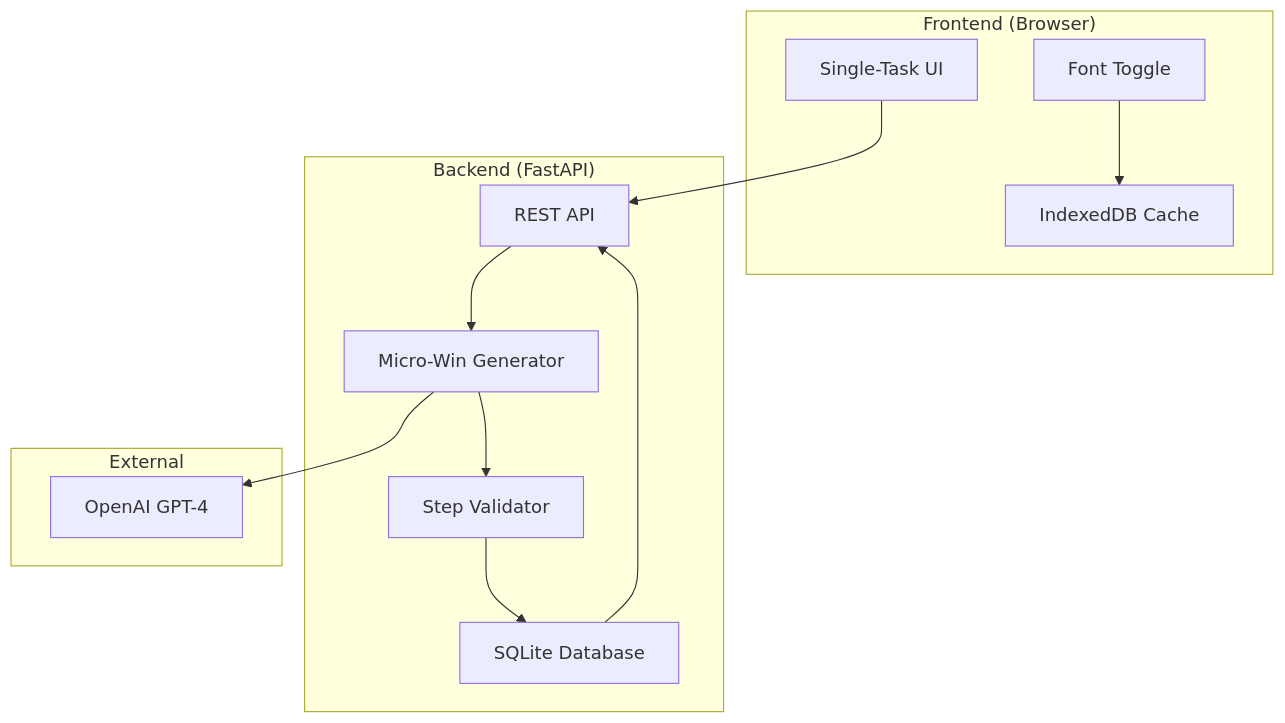
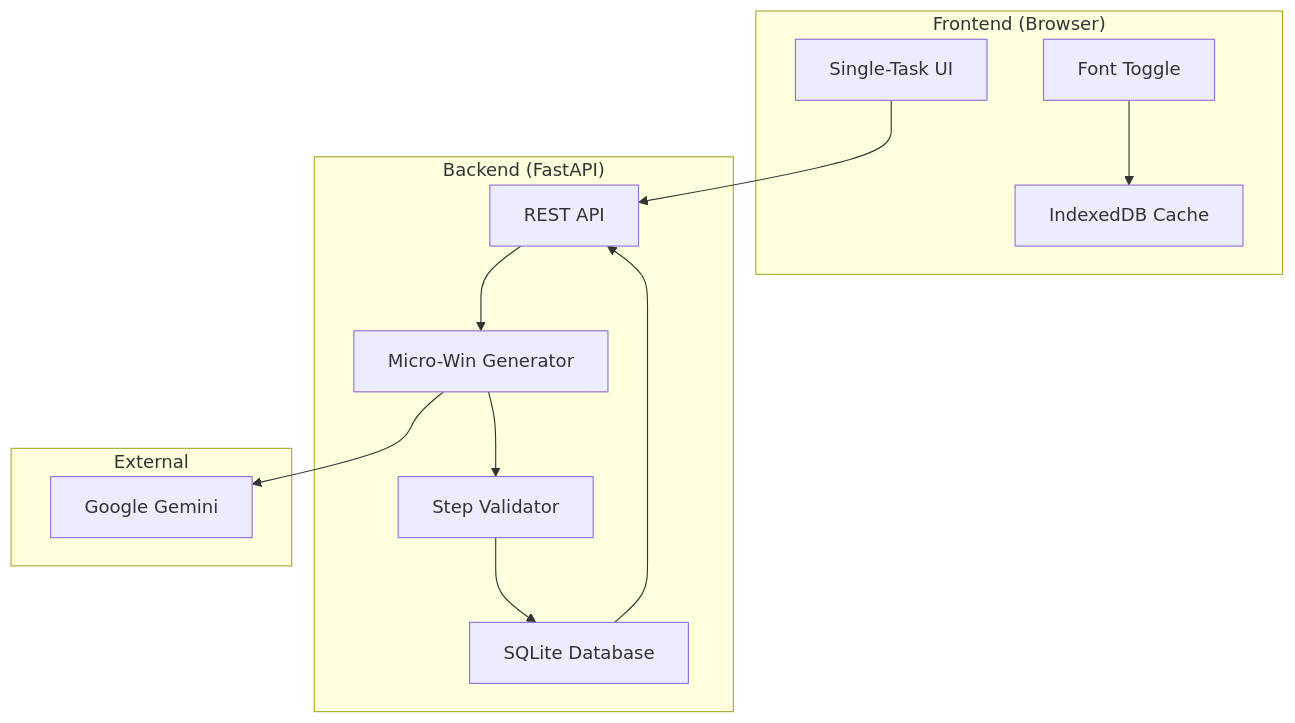
The first of 3 diagrams in ARCHITECTURE.md (sivsagar/Neurathon-2026), drawn with Mermaid before and after one commit. The commit also changed other lines of this file and 5 other files, not shown here.

````diff
--- a/ARCHITECTURE.md
+++ b/ARCHITECTURE.md
@@ -19,27 +19,27 @@
 ```mermaid
 graph TB
     subgraph "Frontend (Browser)"
         UI[Single-Task UI]
         FontToggle[Font Toggle]
         LocalCache[IndexedDB Cache]
     end
     
     subgraph "Backend (FastAPI)"
         API[REST API]
         MicroWinService[Micro-Win Generator]
         Validator[Step Validator]
         DB[SQLite Database]
     end
     
     subgraph "External"
-        LLM[OpenAI GPT-4]
+        LLM[Google Gemini]
     end
     
     UI --> API
     FontToggle --> LocalCache
     API --> MicroWinService
     MicroWinService --> Validator
     MicroWinService --> LLM
     Validator --> DB
     DB --> API
 ```
````
